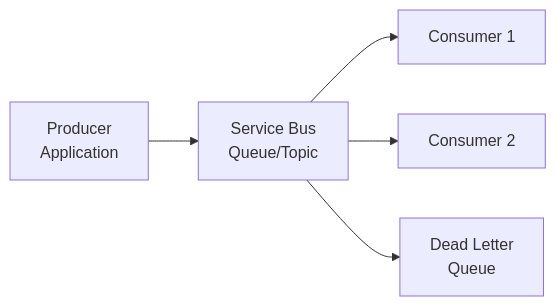
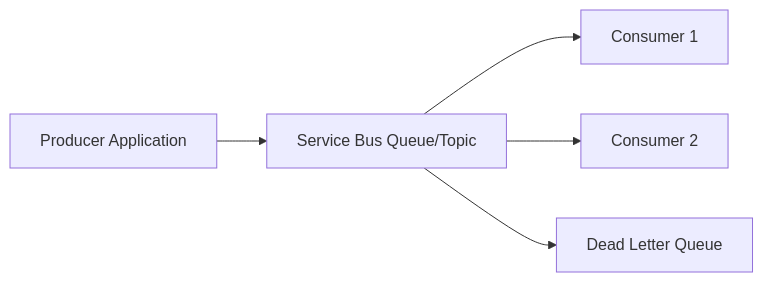
Before and after one commit to SoniiiT/notes-n-docs: the first of 5 diagrams in Microsoft 365/Azure/Integration und Messaging/Azure Service Bus.md, drawn with Mermaid. The commit also changed other lines of this file and 124 other files, not shown here.

First line of the commit message:
fix: Entferne \n aus allen Mermaid-Diagrammen (125 Dateien)

````diff
--- a/Microsoft 365/Azure/Integration und Messaging/Azure Service Bus.md
+++ b/Microsoft 365/Azure/Integration und Messaging/Azure Service Bus.md
@@ -17,7 +17,7 @@
 ```mermaid
 flowchart LR
-    P[Producer\nApplication] --> Q[Service Bus\nQueue/Topic]
+    P[Producer Application] --> Q[Service Bus Queue/Topic]
     Q --> C1[Consumer 1]
     Q --> C2[Consumer 2]
-    Q --> DLQ[Dead Letter\nQueue]
+    Q --> DLQ[Dead Letter Queue]
 ```
````
